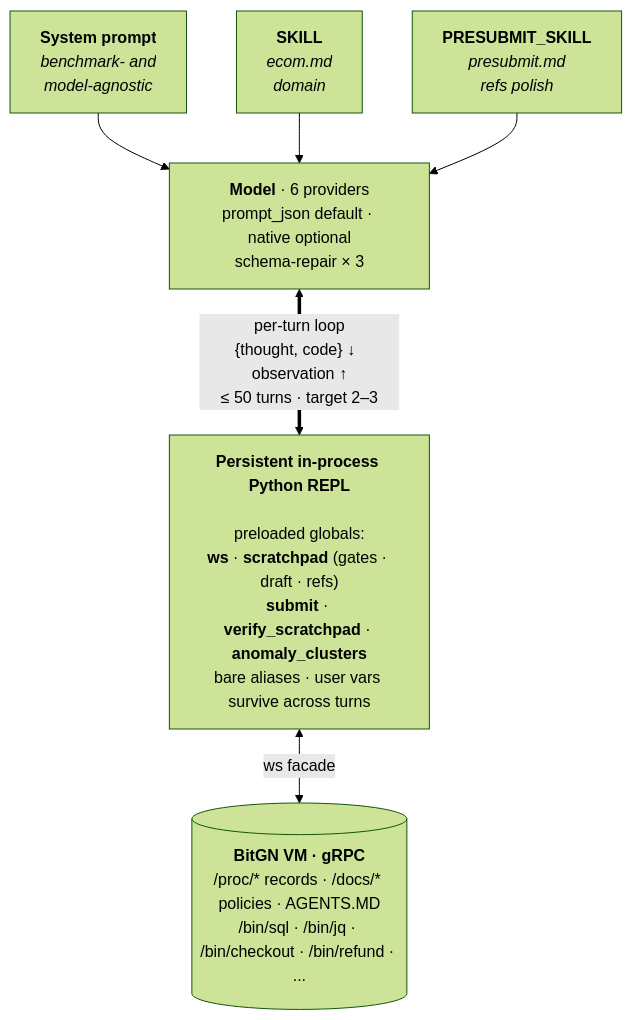
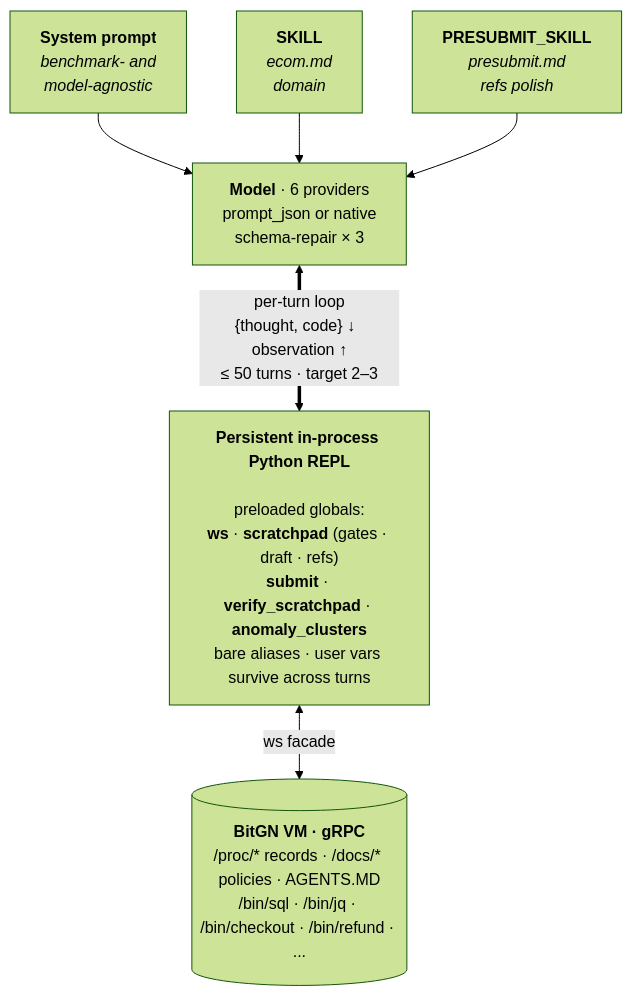
Before and after one commit to vetertann/bitgn-ecom-a-agent: the diagram in README.md, drawn with Mermaid (forest theme). The commit also changed other lines of this file, not shown here.

````diff
--- a/README.md
+++ b/README.md
@@ -18,18 +26,18 @@
 ```mermaid
 flowchart TB
     SP["<b>System prompt</b><br/><i>benchmark- and<br/>model-agnostic</i>"]
     SK["<b>SKILL</b><br/><i>ecom.md<br/>domain</i>"]
     PS["<b>PRESUBMIT_SKILL</b><br/><i>presubmit.md<br/>refs polish</i>"]
 
-    MODEL["<b>Model</b> · 6 providers<br/>prompt_json default · native optional<br/>schema-repair × 3"]
+    MODEL["<b>Model</b> · 6 providers<br/>prompt_json or native<br/>schema-repair × 3"]
 
     REPL["<b>Persistent in-process Python REPL</b><br/><br/>preloaded globals:<br/><b>ws</b> · <b>scratchpad</b> (gates · draft · refs)<br/><b>submit</b> · <b>verify_scratchpad</b> · <b>anomaly_clusters</b><br/>bare aliases · user vars survive across turns"]
 
     VM[("<b>BitGN VM · gRPC</b><br/>/proc/* records · /docs/* policies · AGENTS.MD<br/>/bin/sql · /bin/jq · /bin/checkout · /bin/refund · ...")]
 
     SP --> MODEL
     SK --> MODEL
     PS --> MODEL
     MODEL <==>|"per-turn loop<br/>{thought, code} ↓  observation ↑<br/>≤ 50 turns · target 2–3"| REPL
     REPL <-->|"ws facade"| VM
 ```
````
